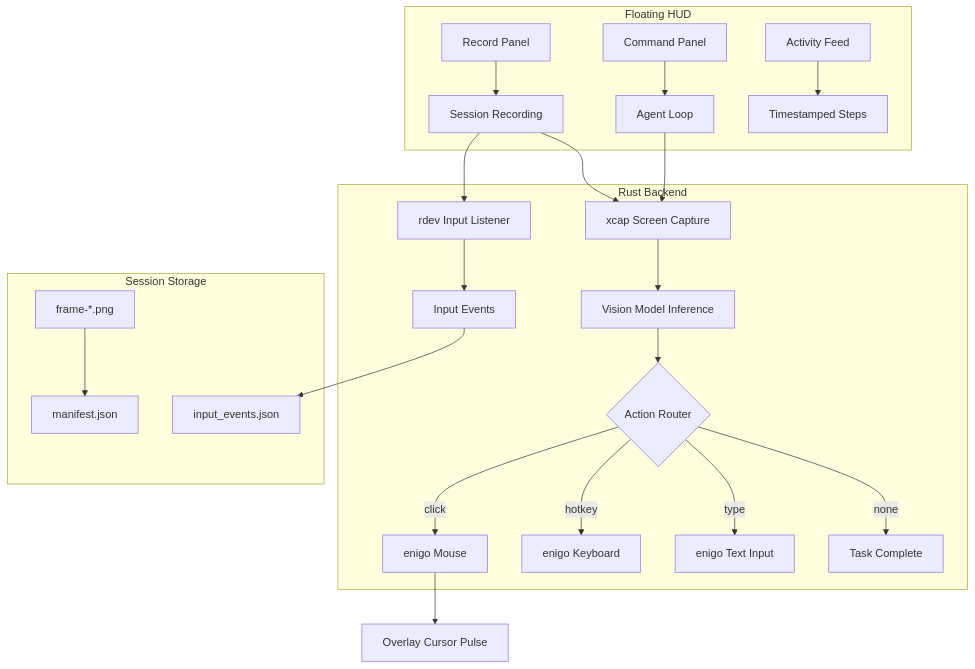
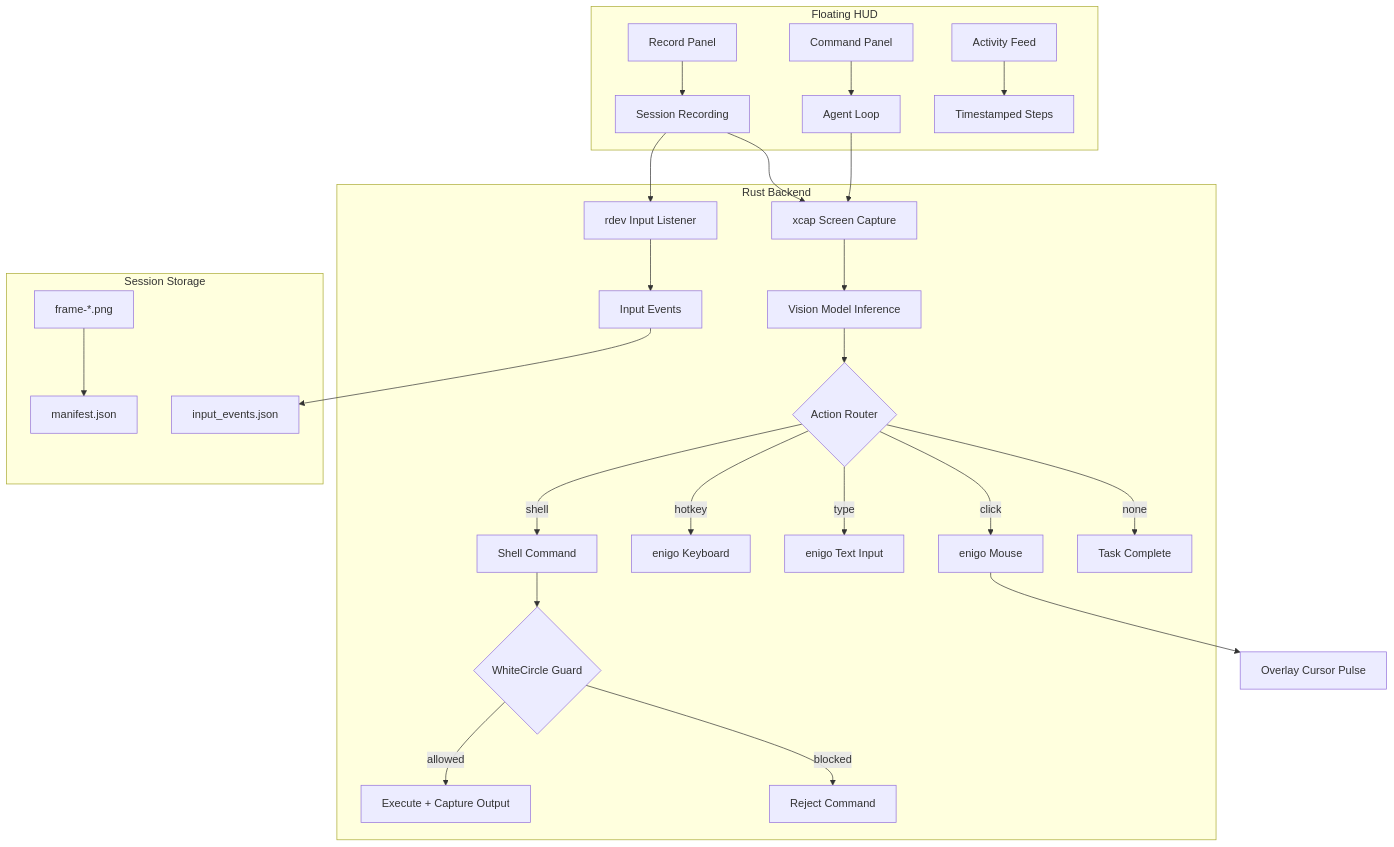
The diagram in README.md (shlawgathon/Computer-Use), drawn with Mermaid before and after one commit. The commit also changed other lines of this file and 4 other files, not shown here.

````diff
--- a/README.md
+++ b/README.md
@@ -72,28 +82,32 @@
 ```mermaid
 flowchart TD
     subgraph HUD["Floating HUD"]
         CMD[Command Panel] --> LOOP[Agent Loop]
         REC[Record Panel] --> SESSION[Session Recording]
         ACT[Activity Feed] --> TS[Timestamped Steps]
     end
 
     subgraph Backend["Rust Backend"]
         CAP[xcap Screen Capture] --> INF[Vision Model Inference]
         INF --> EXEC{Action Router}
         EXEC -->|click| MOUSE[enigo Mouse]
         EXEC -->|hotkey| KEYS[enigo Keyboard]
         EXEC -->|type| TYPE[enigo Text Input]
+        EXEC -->|shell| SHELL["Shell Command"]
         EXEC -->|none| DONE[Task Complete]
+        SHELL --> WC{WhiteCircle Guard}
+        WC -->|allowed| RUN[Execute + Capture Output]
+        WC -->|blocked| REJECT[Reject Command]
         RDEV[rdev Input Listener] --> EVENTS[Input Events]
     end
 
     subgraph Storage["Session Storage"]
         FRAMES[frame-*.png] --> MANIFEST[manifest.json]
         EVENTS --> INPUT_JSON[input_events.json]
     end
 
     LOOP --> CAP
     SESSION --> CAP
     SESSION --> RDEV
     MOUSE --> OVERLAY[Overlay Cursor Pulse]
 ```
````
